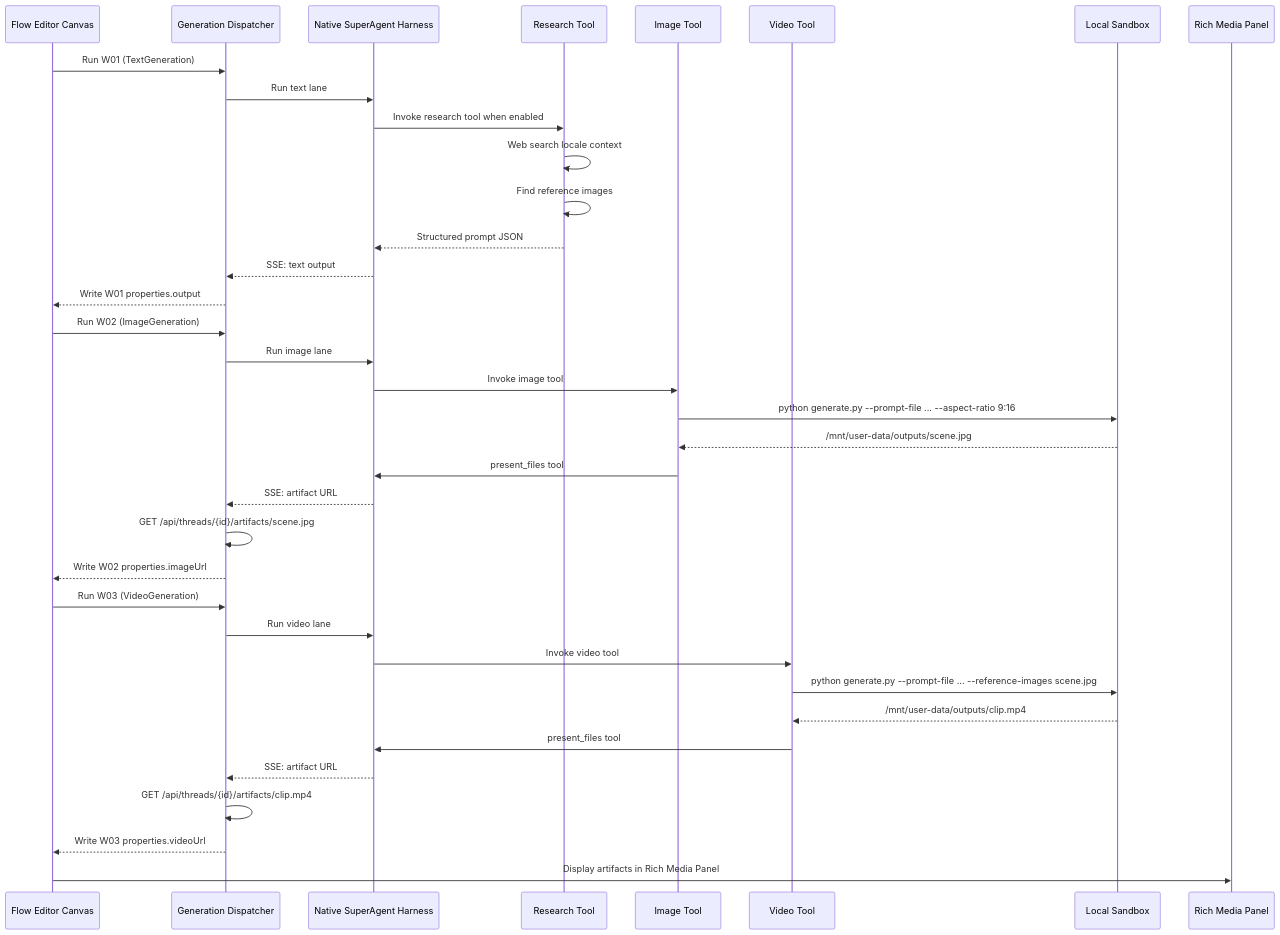
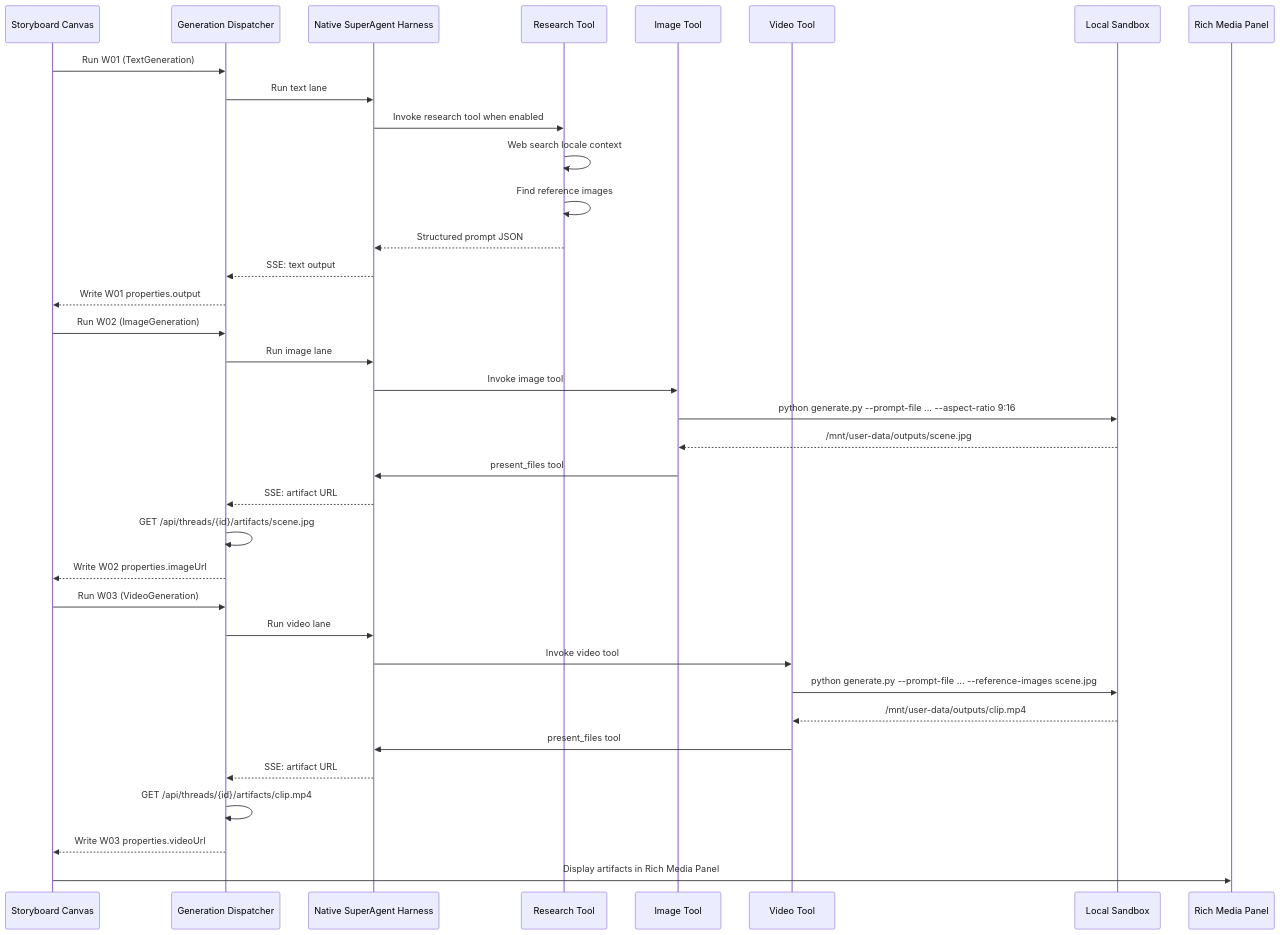
The first of 2 diagrams in docs/knowgrph-video-demo.md (huijoohwee/huijoohwee), drawn with Mermaid before and after one commit. The commit also changed other lines of this file and 652 other files, not shown here.

````diff
--- a/docs/knowgrph-video-demo.md
+++ b/docs/knowgrph-video-demo.md
@@ -723,42 +725,42 @@
 ```mermaid
 sequenceDiagram
-    participant Canvas as Flow Editor Canvas
+    participant Canvas as Storyboard Canvas
     participant Dispatch as Generation Dispatcher
     participant Agent as Native SuperAgent Harness
     participant Research as Research Tool
     participant ImageGen as Image Tool
     participant VideoGen as Video Tool
     participant Sandbox as Local Sandbox
     participant Renderer as Rich Media Panel
 
     Canvas ->> Dispatch : Run W01 (TextGeneration)
     Dispatch ->> Agent : Run text lane
     Agent ->> Research : Invoke research tool when enabled
     Research ->> Research : Web search locale context
     Research ->> Research : Find reference images
     Research -->> Agent : Structured prompt JSON
     Agent -->> Dispatch : SSE: text output
     Dispatch -->> Canvas : Write W01 properties.output
 
     Canvas ->> Dispatch : Run W02 (ImageGeneration)
     Dispatch ->> Agent : Run image lane
     Agent ->> ImageGen : Invoke image tool
     ImageGen ->> Sandbox : python generate.py --prompt-file ... --aspect-ratio 9:16
     Sandbox -->> ImageGen : /mnt/user-data/outputs/scene.jpg
     ImageGen ->> Agent : present_files tool
     Agent -->> Dispatch : SSE: artifact URL
     Dispatch ->> Dispatch : GET /api/threads/{id}/artifacts/scene.jpg
     Dispatch -->> Canvas : Write W02 properties.imageUrl
 
     Canvas ->> Dispatch : Run W03 (VideoGeneration)
     Dispatch ->> Agent : Run video lane
     Agent ->> VideoGen : Invoke video tool
     VideoGen ->> Sandbox : python generate.py --prompt-file ... --reference-images scene.jpg
     Sandbox -->> VideoGen : /mnt/user-data/outputs/clip.mp4
     VideoGen ->> Agent : present_files tool
     Agent -->> Dispatch : SSE: artifact URL
     Dispatch ->> Dispatch : GET /api/threads/{id}/artifacts/clip.mp4
     Dispatch -->> Canvas : Write W03 properties.videoUrl
 
     Canvas ->> Renderer : Display artifacts in Rich Media Panel
 ```
````
